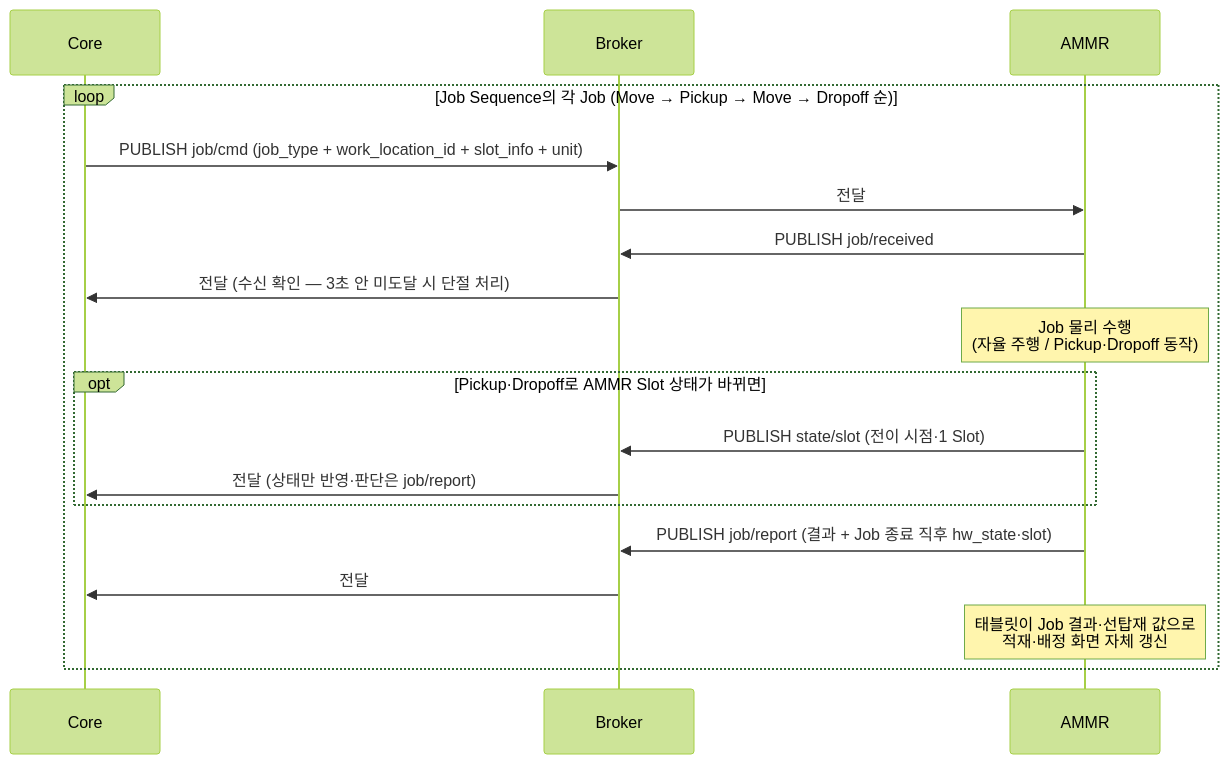
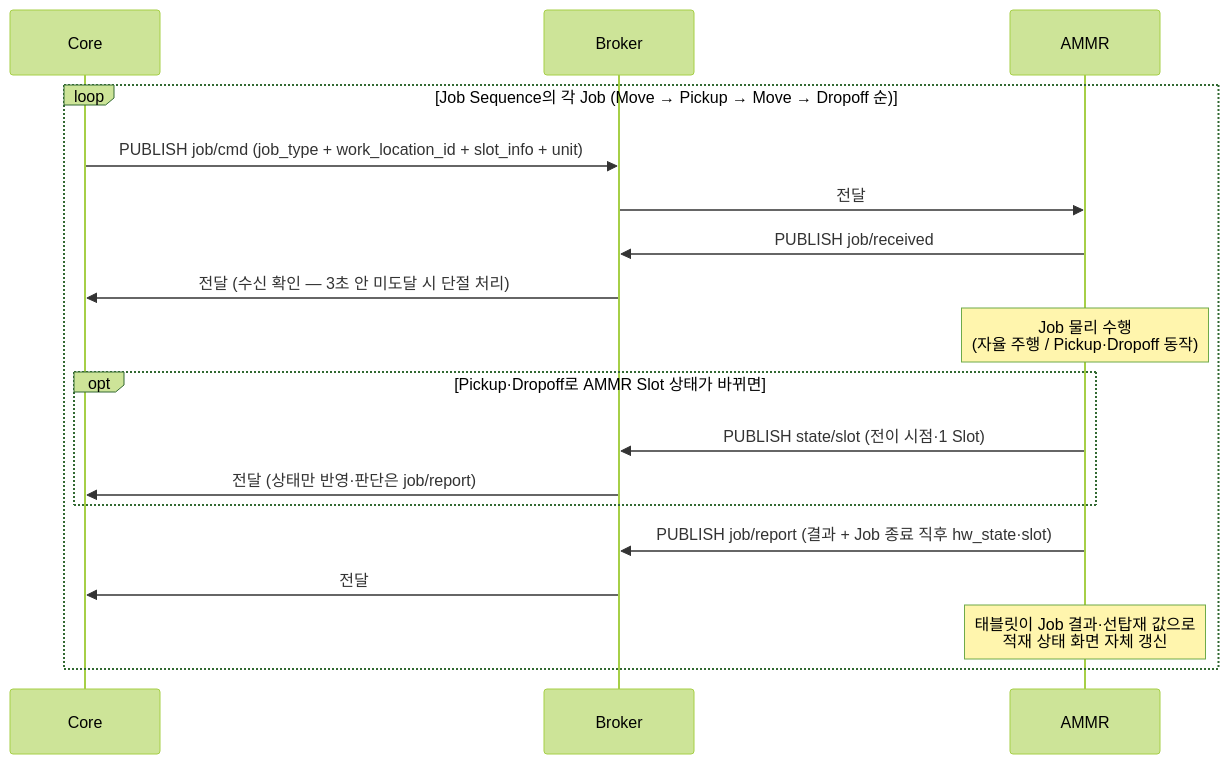
The seventh of 15 diagrams in docs/out/Core_ICD_AMMR.md (kimminsu0315/Core-Docs), drawn with Mermaid (forest theme) before and after one commit. The commit also changed other lines of this file and 6 other files, not shown here.

````diff
--- a/docs/out/Core_ICD_AMMR.md
+++ b/docs/out/Core_ICD_AMMR.md
@@ -1488,21 +1488,21 @@
 ```mermaid
 sequenceDiagram
     participant C as Core
     participant B as Broker
     participant A as AMMR
 
     loop Job Sequence의 각 Job (Move → Pickup → Move → Dropoff 순)
         C->>B: PUBLISH job/cmd (job_type + work_location_id + slot_info + unit)
         B->>A: 전달
         A->>B: PUBLISH job/received
         B->>C: 전달 (수신 확인 — 3초 안 미도달 시 단절 처리)
         Note over A: Job 물리 수행<br/>(자율 주행 / Pickup·Dropoff 동작)
         opt Pickup·Dropoff로 AMMR Slot 상태가 바뀌면
             A->>B: PUBLISH state/slot (전이 시점·1 Slot)
             B->>C: 전달 (상태만 반영·판단은 job/report)
         end
         A->>B: PUBLISH job/report (결과 + Job 종료 직후 hw_state·slot)
         B->>C: 전달
-        Note over A: 태블릿이 Job 결과·선탑재 값으로<br/>적재·배정 화면 자체 갱신
+        Note over A: 태블릿이 Job 결과·선탑재 값으로<br/>적재 상태 화면 자체 갱신
     end
 ```
````
